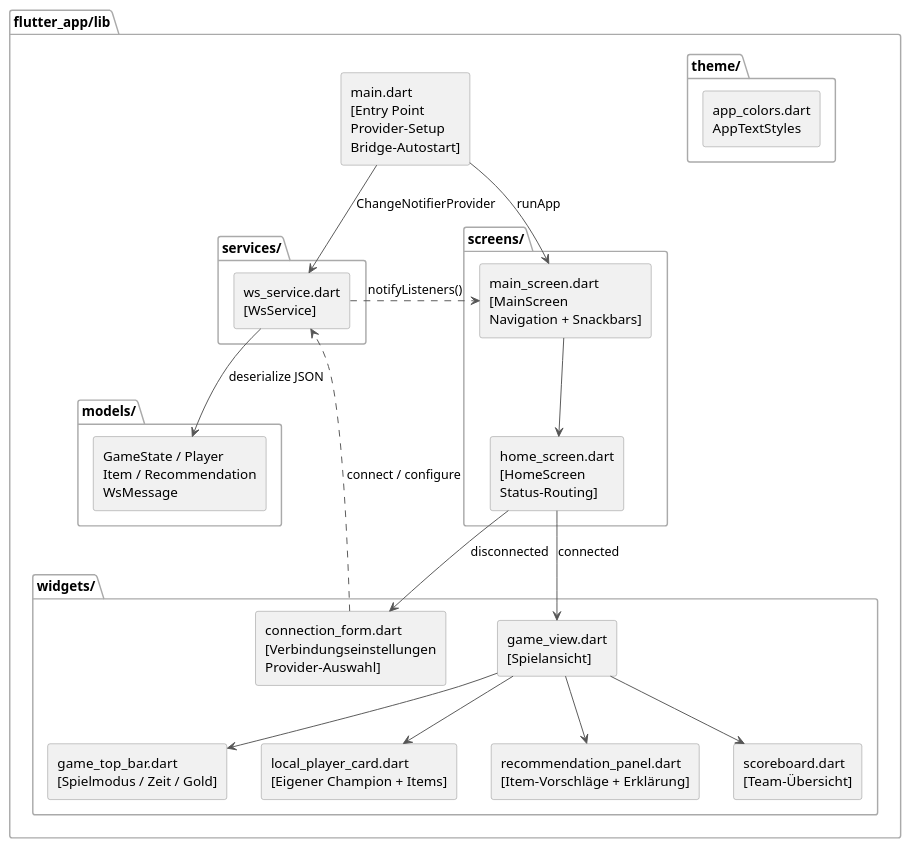
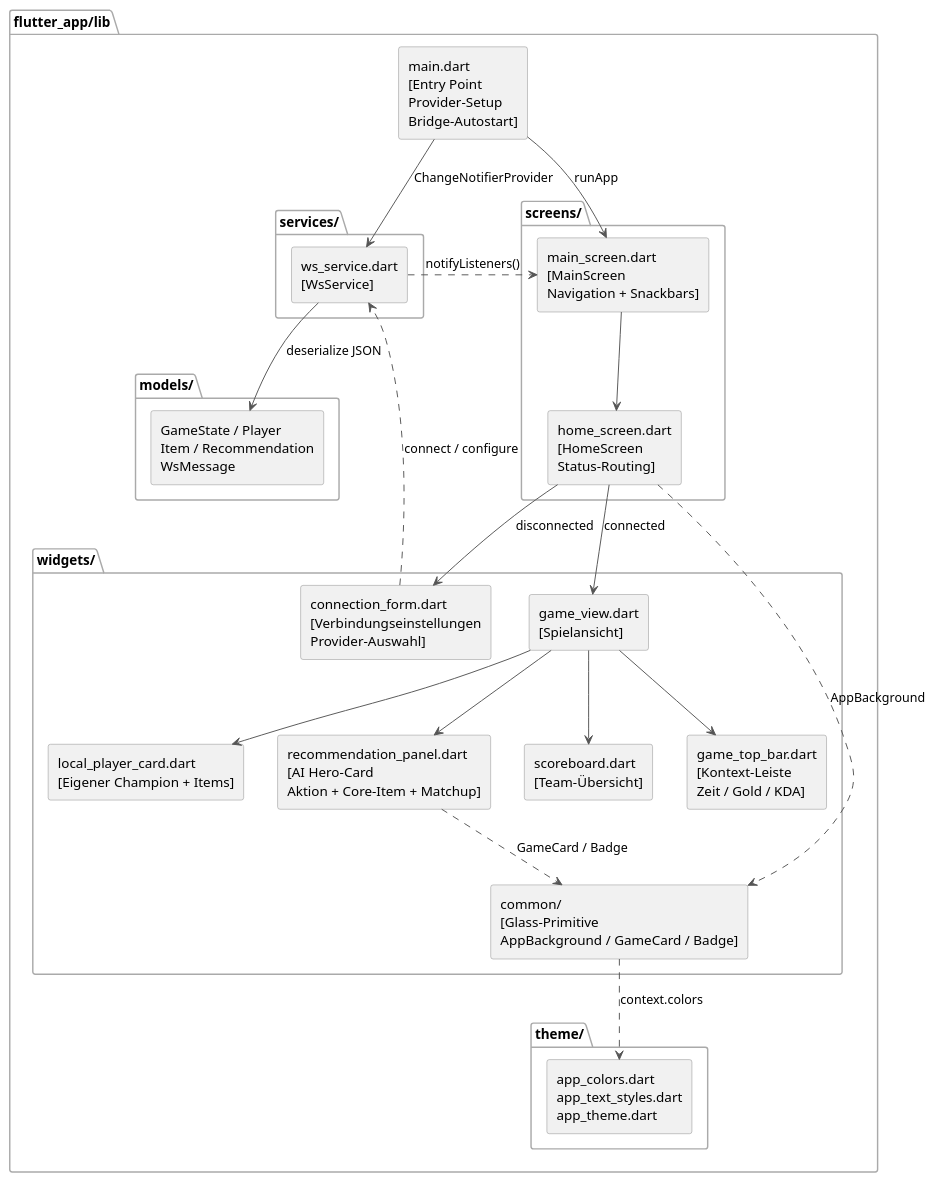
One commit to NexusHero/LOLRecommender changed the diagram in docs/umls/05_flutter_whitebox.puml. Above: the diagram before and after it, drawn with PlantUML. The commit also changed 3 other files, not shown here.

```diff
--- a/docs/umls/05_flutter_whitebox.puml
+++ b/docs/umls/05_flutter_whitebox.puml
@@ -1,58 +1,63 @@
 @startuml
 skinparam componentStyle rectangle
 skinparam backgroundColor #FFFFFF
 skinparam defaultFontName Arial
 skinparam ArrowColor #555555
 skinparam componentBorderColor #888888
 skinparam packageBorderColor #AAAAAA
 
 package "flutter_app/lib" {
 
   component "main.dart\n[Entry Point\nProvider-Setup\nBridge-Autostart]" as main
 
   package "services/" {
     component "ws_service.dart\n[WsService]" as ws
   }
 
   package "screens/" {
     component "main_screen.dart\n[MainScreen\nNavigation + Snackbars]" as main_screen
     component "home_screen.dart\n[HomeScreen\nStatus-Routing]" as home_screen
   }
 
   package "widgets/" {
     component "connection_form.dart\n[Verbindungseinstellungen\nProvider-Auswahl]" as conn_form
     component "game_view.dart\n[Spielansicht]" as game_view
-    component "game_top_bar.dart\n[Spielmodus / Zeit / Gold]" as top_bar
+    component "game_top_bar.dart\n[Kontext-Leiste\nZeit / Gold / KDA]" as top_bar
     component "local_player_card.dart\n[Eigener Champion + Items]" as player_card
-    component "recommendation_panel.dart\n[Item-Vorschläge + Erklärung]" as rec_panel
+    component "recommendation_panel.dart\n[AI Hero-Card\nAktion + Core-Item + Matchup]" as rec_panel
     component "scoreboard.dart\n[Team-Übersicht]" as scoreboard
+    component "common/\n[Glass-Primitive\nAppBackground / GameCard / Badge]" as common
   }
 
   package "models/" {
     component "GameState / Player\nItem / Recommendation\nWsMessage" as models
   }
 
   package "theme/" {
-    component "app_colors.dart\nAppTextStyles" as theme
+    component "app_colors.dart\napp_text_styles.dart\napp_theme.dart" as theme
   }
 }
 
 main --> ws : ChangeNotifierProvider
 main --> main_screen : runApp
 
 main_screen --> home_screen
 
 home_screen --> conn_form : disconnected
 home_screen --> game_view : connected
 
 game_view --> top_bar
 game_view --> player_card
 game_view --> rec_panel
 game_view --> scoreboard
 
+rec_panel ..> common : GameCard / Badge
+home_screen ..> common : AppBackground
+common ..> theme : context.colors
+
 ws --> models : deserialize JSON
 ws ..> main_screen : notifyListeners()
 
 conn_form ..> ws : connect / configure
 
 @enduml
```
